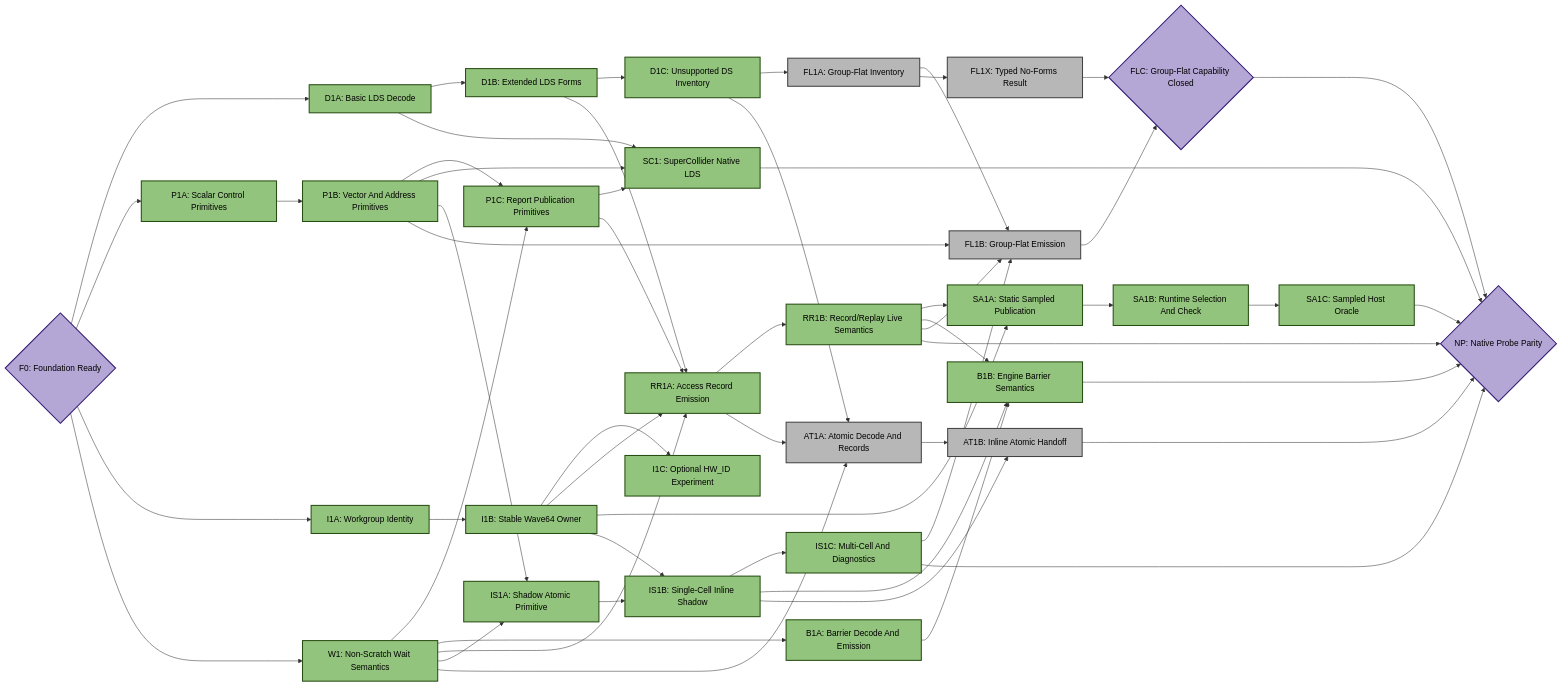
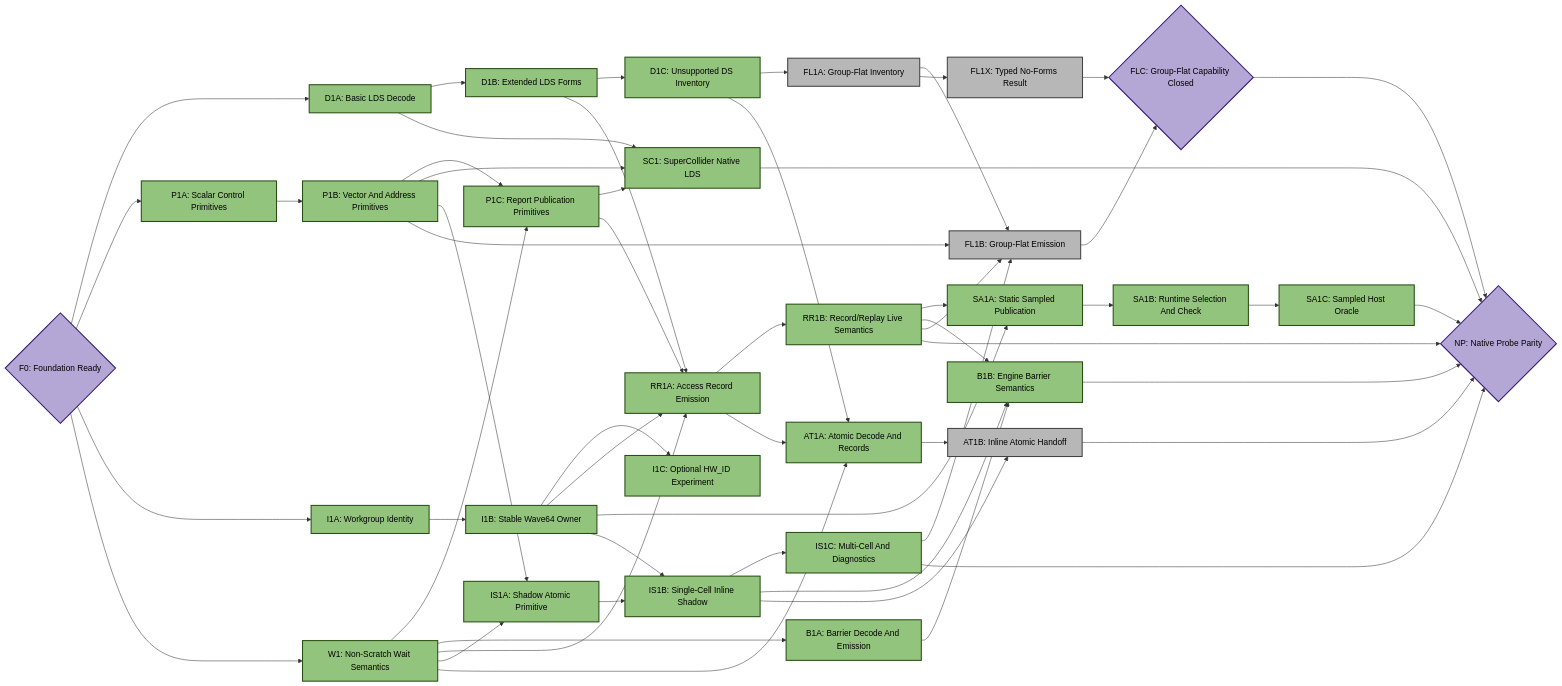
One commit to ROCm/rocm-systems changed the fourth of 5 diagrams in emulation/rocjitsu/docs/consan/PLAN_GFX950.md. Above: the diagram before and after it, drawn with Mermaid. The commit also changed other lines of this file and 8 other files, not shown here.

```diff
--- a/emulation/rocjitsu/docs/consan/PLAN_GFX950.md
+++ b/emulation/rocjitsu/docs/consan/PLAN_GFX950.md
@@ -385,7 +392,7 @@
   FL1B["FL1B: Group-Flat Emission"]:::todo
   FL1X["FL1X: Typed No-Forms Result"]:::todo
   FLC{"FLC: Group-Flat Capability Closed"}:::target
-  AT1A["AT1A: Atomic Decode And Records"]:::todo
+  AT1A["AT1A: Atomic Decode And Records"]:::done
   AT1B["AT1B: Inline Atomic Handoff"]:::todo
   NP{"NP: Native Probe Parity"}:::target
 
```
